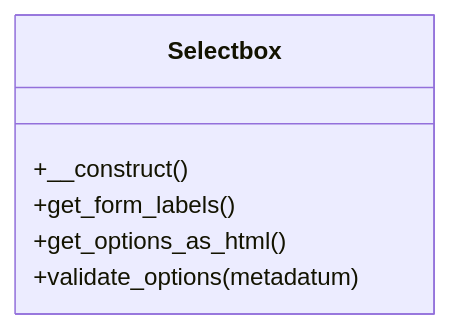
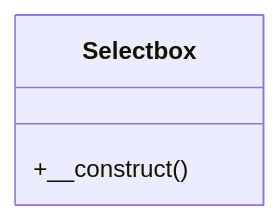
Before and after one commit to tainacan/tainacan: the diagram in docs/phpdoc/classes/Tainacan/Filter_Types/Selectbox.md, drawn with Mermaid. The commit also changed 100 other files, not shown here.

````diff
--- a/docs/phpdoc/classes/Tainacan/Filter_Types/Selectbox.md
+++ b/docs/phpdoc/classes/Tainacan/Filter_Types/Selectbox.md
@@ -12,10 +12,7 @@
 ```mermaid
 classDiagram
     direction TB
     class Selectbox {
         +__construct()
-        +get_form_labels()
-        +get_options_as_html()
-        +validate_options(metadatum)
     }
 ```
````
